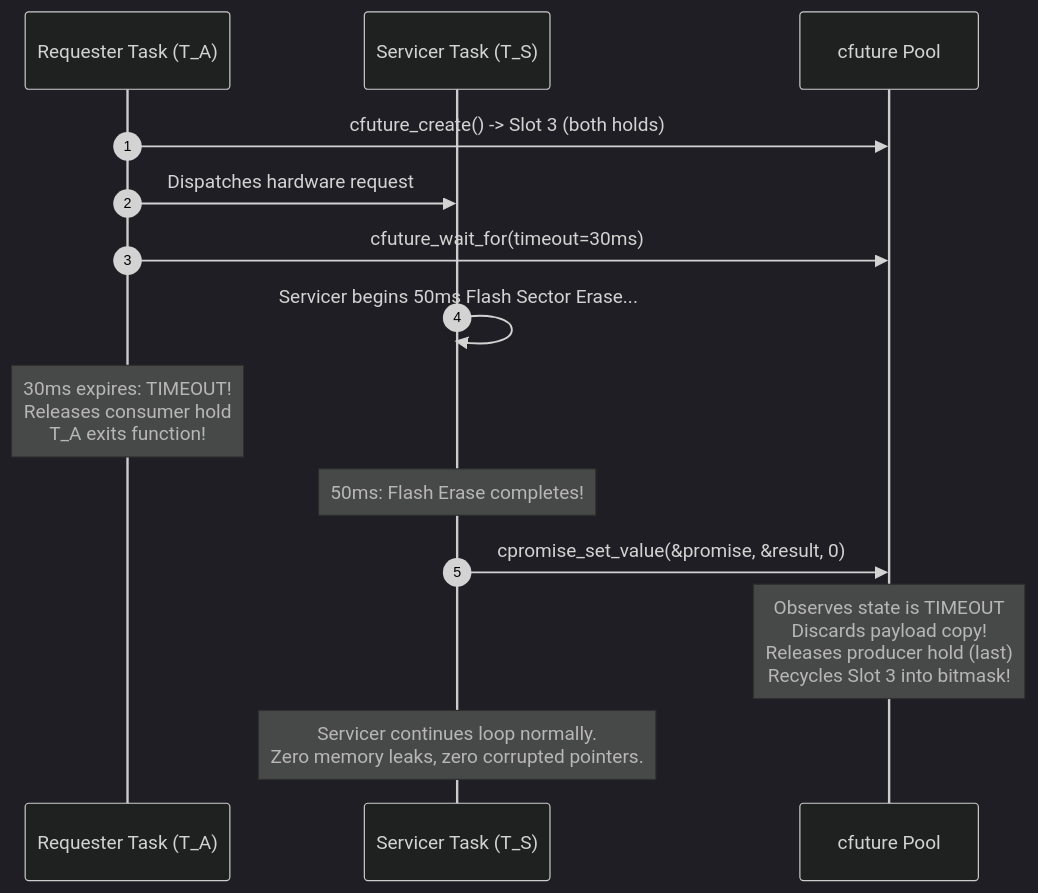
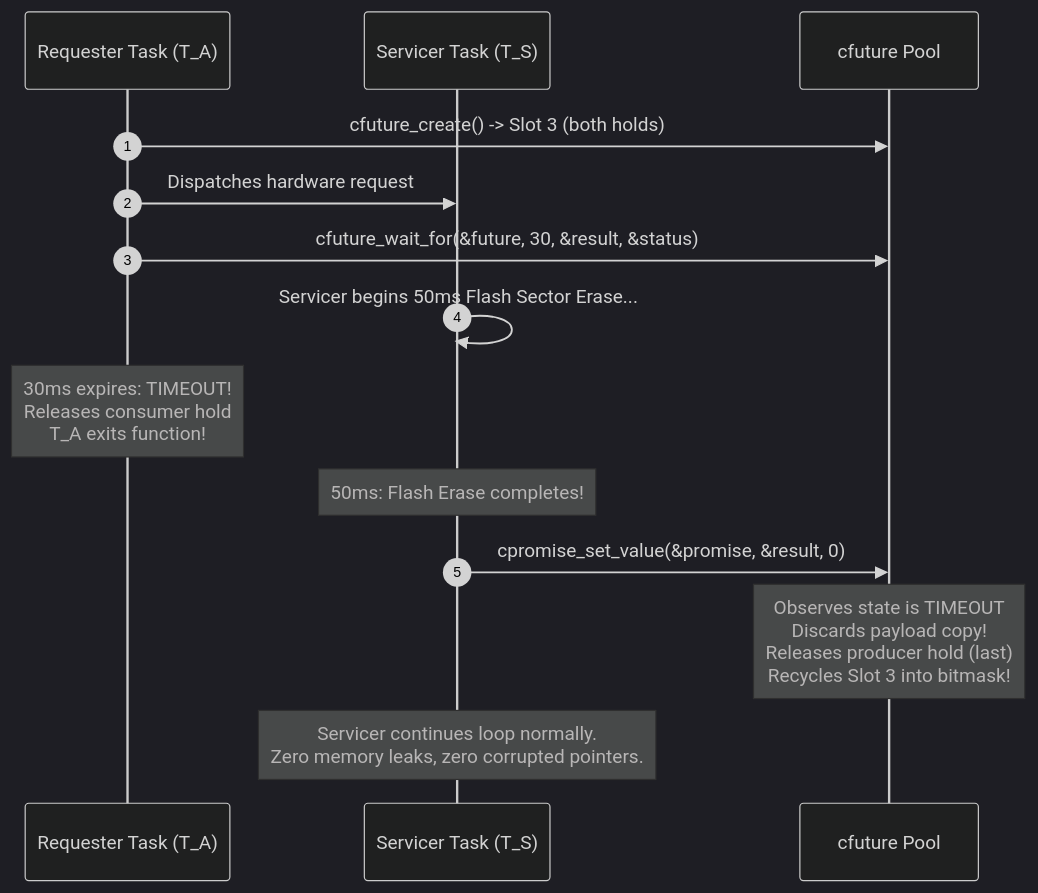
One commit to Mrunmoy/janus changed the fifth of 6 diagrams in README.md. Above: the diagram before and after it, drawn with Mermaid (dark theme). The commit also changed other lines of this file and 3 other files, not shown here.

Commit message:
docs: address remaining review findings (CLI table, tree, diagrams, walkthrough, plan)

````diff
--- a/README.md
+++ b/README.md
@@ -439,17 +440,17 @@
 ```mermaid
 sequenceDiagram
     autonumber
     participant A as Requester Task (T_A)
     participant S as Servicer Task (T_S)
     participant P as cfuture Pool
 
     A->>P: cfuture_create() -> Slot 3 (both holds)
     A->>S: Dispatches hardware request
-    A->>P: cfuture_wait_for(timeout=30ms)
+    A->>P: cfuture_wait_for(&future, 30, &result, &status)
     S->>S: Servicer begins 50ms Flash Sector Erase...
     Note over A: 30ms expires: TIMEOUT!<br/>Releases consumer hold<br/>T_A exits function!
     Note over S: 50ms: Flash Erase completes!
     S->>P: cpromise_set_value(&promise, &result, 0)
     Note over P: Observes state is TIMEOUT<br/>Discards payload copy!<br/>Releases producer hold (last)<br/>Recycles Slot 3 into bitmask!
     Note over S: Servicer continues loop normally.<br/>Zero memory leaks, zero corrupted pointers.
 ```
````
